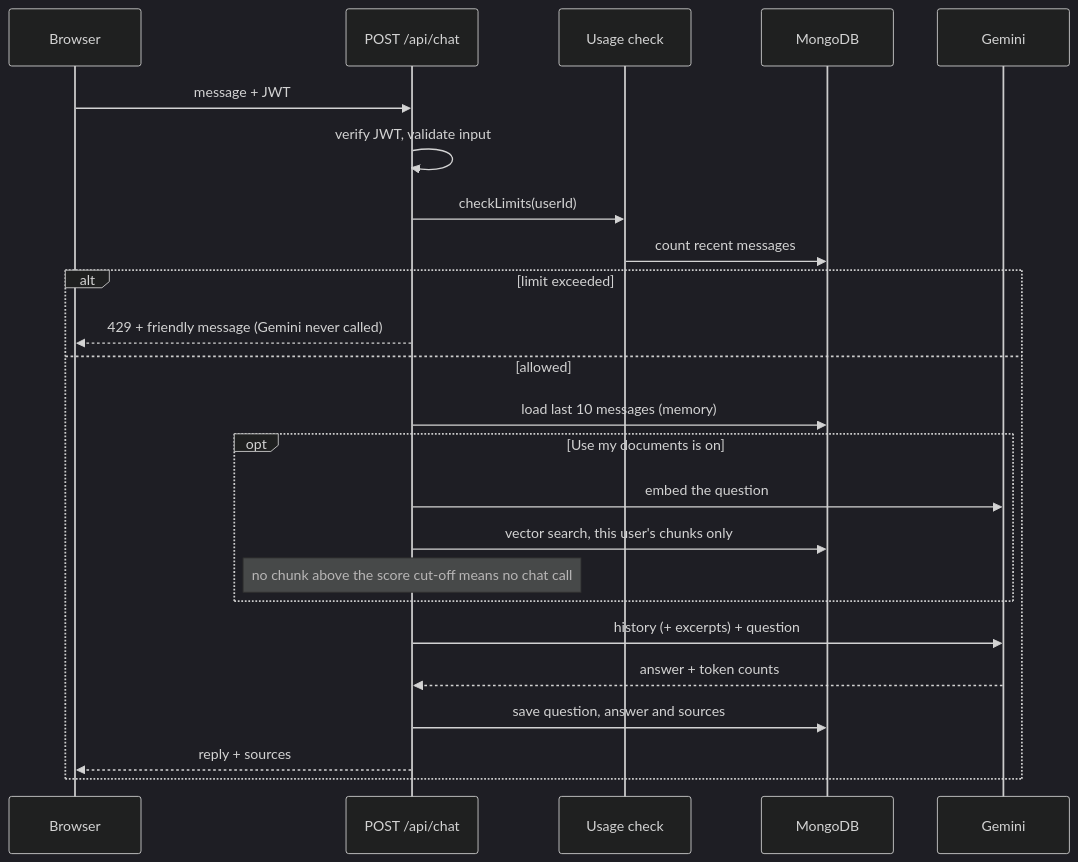
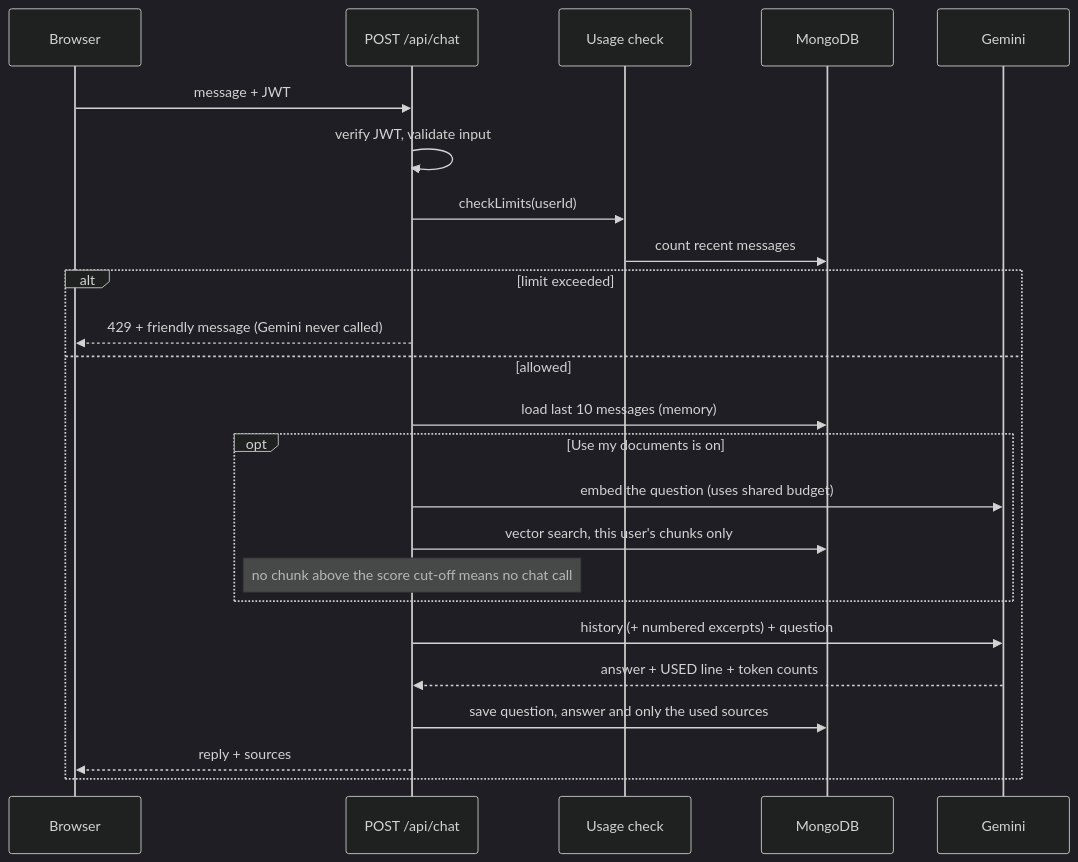
One commit to Milind300/docuchat changed the third of 4 diagrams in README.md. Above: the diagram before and after it, drawn with Mermaid (dark theme). The commit also changed other lines of this file, not shown here.

Commit message:
Update README with security, embedding budget and cited sources

````diff
--- a/README.md
+++ b/README.md
@@ -90,26 +90,26 @@
 ```mermaid
 sequenceDiagram
   participant U as Browser
   participant A as POST /api/chat
   participant L as Usage check
   participant DB as MongoDB
   participant G as Gemini
   U->>A: message + JWT
   A->>A: verify JWT, validate input
   A->>L: checkLimits(userId)
   L->>DB: count recent messages
   alt limit exceeded
     A-->>U: 429 + friendly message (Gemini never called)
   else allowed
     A->>DB: load last 10 messages (memory)
     opt Use my documents is on
-      A->>G: embed the question
+      A->>G: embed the question (uses shared budget)
       A->>DB: vector search, this user's chunks only
       Note over A: no chunk above the score cut-off means no chat call
     end
-    A->>G: history (+ excerpts) + question
-    G-->>A: answer + token counts
-    A->>DB: save question, answer and sources
+    A->>G: history (+ numbered excerpts) + question
+    G-->>A: answer + USED line + token counts
+    A->>DB: save question, answer and only the used sources
     A-->>U: reply + sources
   end
 ```
````
